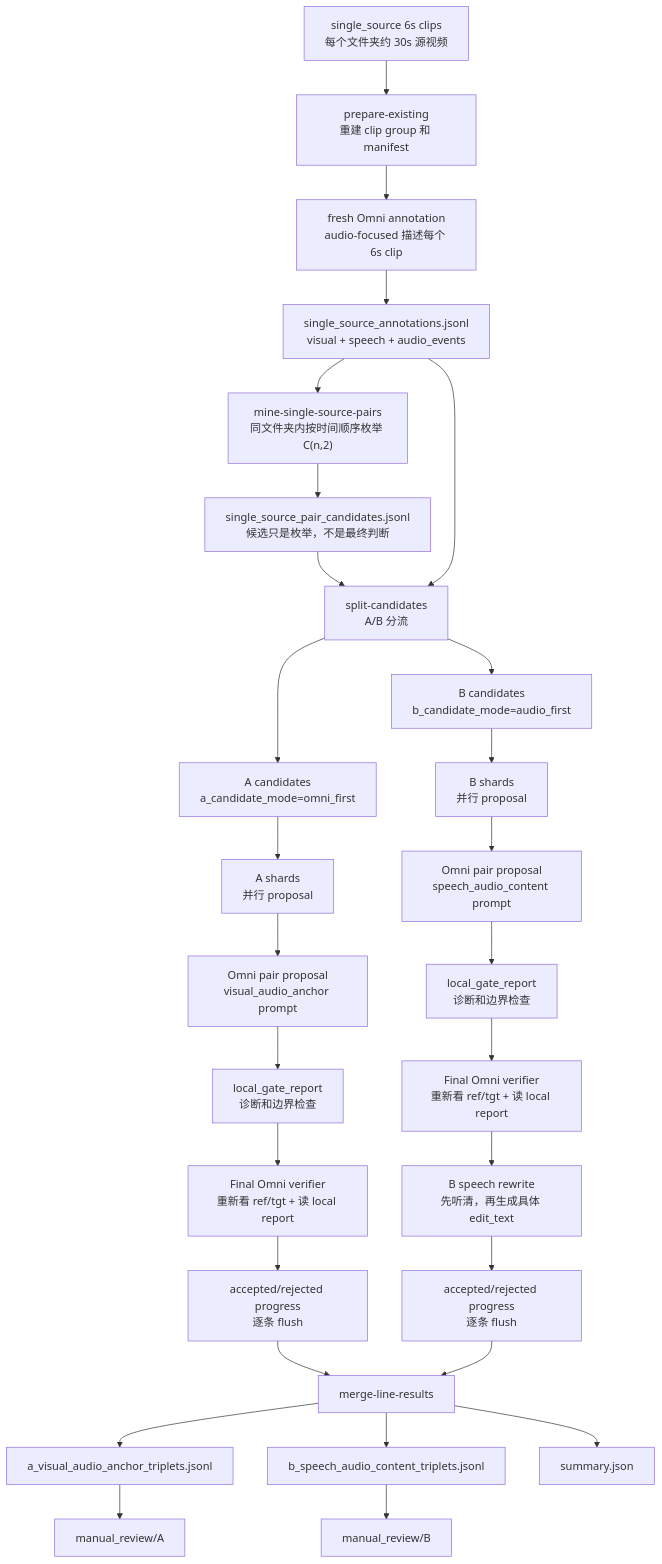
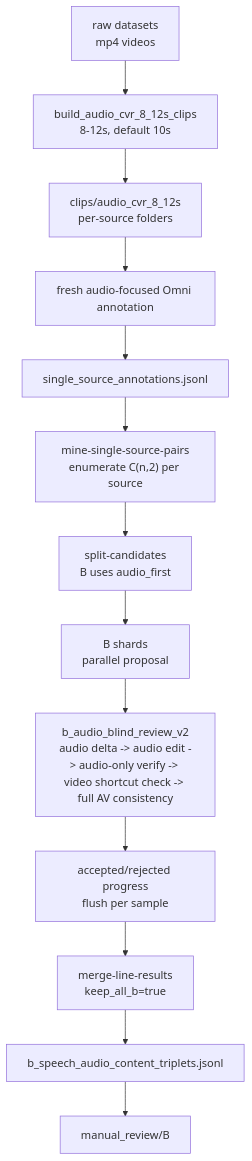
Before and after one commit to Seven-creater/cvr: the diagram in doc/audio_lines_ab_flow_20260511.md, drawn with Mermaid. The commit also changed other lines of this file, not shown here.

Commit message:
Update audio CVR B-first runbook

````diff
--- a/doc/audio_lines_ab_flow_20260511.md
+++ b/doc/audio_lines_ab_flow_20260511.md
@@ -84,40 +75,15 @@
 ```mermaid
 flowchart TD
-    A["single_source 6s clips<br/>每个文件夹约 30s 源视频"] --> B["prepare-existing<br/>重建 clip group 和 manifest"]
-    B --> C["fresh Omni annotation<br/>audio-focused 描述每个 6s clip"]
-    C --> D["single_source_annotations.jsonl<br/>visual + speech + audio_events"]
-
-    D --> E["mine-single-source-pairs<br/>同文件夹内按时间顺序枚举 C(n,2)"]
-    E --> F["single_source_pair_candidates.jsonl<br/>候选只是枚举，不是最终判断"]
-
-    F --> G["split-candidates<br/>A/B 分流"]
-    D --> G
-
-    G --> A1["A candidates<br/>a_candidate_mode=omni_first"]
-    G --> B1["B candidates<br/>b_candidate_mode=audio_first"]
-
-    A1 --> A2["A shards<br/>并行 proposal"]
-    B1 --> B2["B shards<br/>并行 proposal"]
-
-    A2 --> A3["Omni pair proposal<br/>visual_audio_anchor prompt"]
-    B2 --> B3["Omni pair proposal<br/>speech_audio_content prompt"]
-
-    A3 --> L1["local_gate_report<br/>诊断和边界检查"]
-    B3 --> L2["local_gate_report<br/>诊断和边界检查"]
-
-    L1 --> A4["Final Omni verifier<br/>重新看 ref/tgt + 读 local report"]
-    L2 --> B4["Final Omni verifier<br/>重新看 ref/tgt + 读 local report"]
-
-    B4 --> B4R["B speech rewrite<br/>先听清，再生成具体 edit_text"]
-    A4 --> A5["accepted/rejected progress<br/>逐条 flush"]
-    B4R --> B5["accepted/rejected progress<br/>逐条 flush"]
-
-    A5 --> M["merge-line-results"]
-    B5 --> M
-
-    M --> O1["a_visual_audio_anchor_triplets.jsonl"]
-    M --> O2["b_speech_audio_content_triplets.jsonl"]
-    M --> O3["summary.json"]
-    O1 --> R1["manual_review/A"]
-    O2 --> R2["manual_review/B"]
+    A["raw datasets<br/>mp4 videos"] --> B["build_audio_cvr_8_12s_clips<br/>8-12s, default 10s"]
+    B --> C["clips/audio_cvr_8_12s<br/>per-source folders"]
+    C --> D["fresh audio-focused Omni annotation"]
+    D --> E["single_source_annotations.jsonl"]
+    E --> F["mine-single-source-pairs<br/>enumerate C(n,2) per source"]
+    F --> G["split-candidates<br/>B uses audio_first"]
+    G --> H["B shards<br/>parallel proposal"]
+    H --> I["b_audio_blind_review_v2<br/>audio delta -> audio edit -> audio-only verify -> video shortcut check -> full AV consistency"]
+    I --> J["accepted/rejected progress<br/>flush per sample"]
+    J --> K["merge-line-results<br/>keep_all_b=true"]
+    K --> L["b_speech_audio_content_triplets.jsonl"]
+    L --> M["manual_review/B"]
 ```
````
